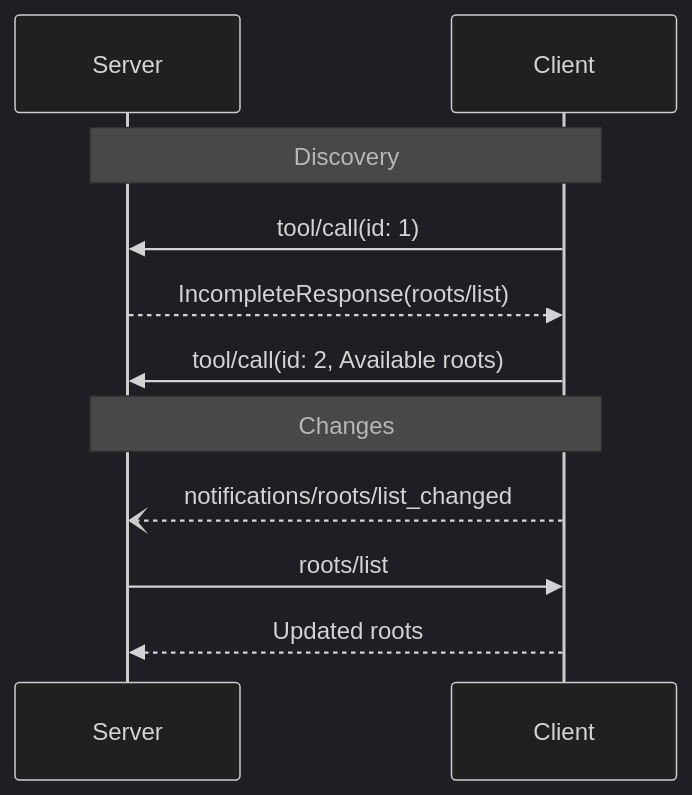
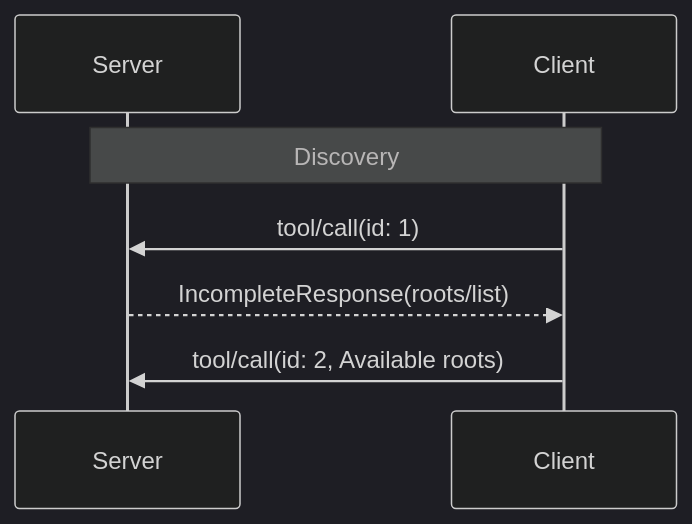
Before and after one commit to modelcontextprotocol/modelcontextprotocol: the diagram in docs/specification/draft/client/roots.mdx, drawn with Mermaid (dark theme). The commit also changed other lines of this file and 1 other file, not shown here.

Commit message:
update elicitation diagrams and roots page

````diff
--- a/docs/specification/draft/client/roots.mdx
+++ b/docs/specification/draft/client/roots.mdx
@@ -101,15 +90,10 @@
 ```mermaid
 sequenceDiagram
     participant Server
     participant Client
 
     Note over Server,Client: Discovery
     Client->>Server: tool/call(id: 1)
     Server-->>Client: IncompleteResponse(roots/list)
     Client->>Server: tool/call(id: 2, Available roots)
-
-    Note over Server,Client: Changes
-    Client--)Server: notifications/roots/list_changed
-    Server->>Client: roots/list
-    Client-->>Server: Updated roots
 ```
````
